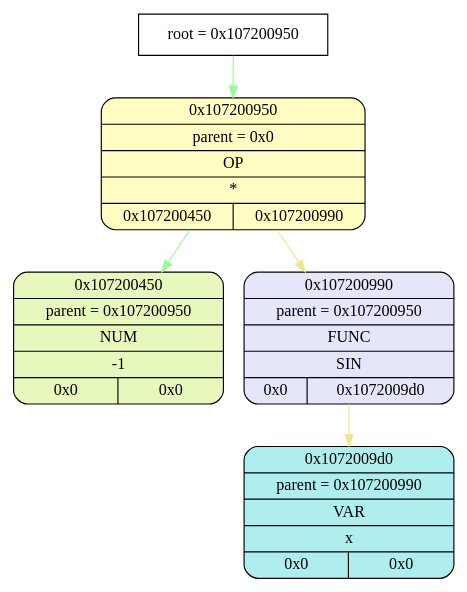
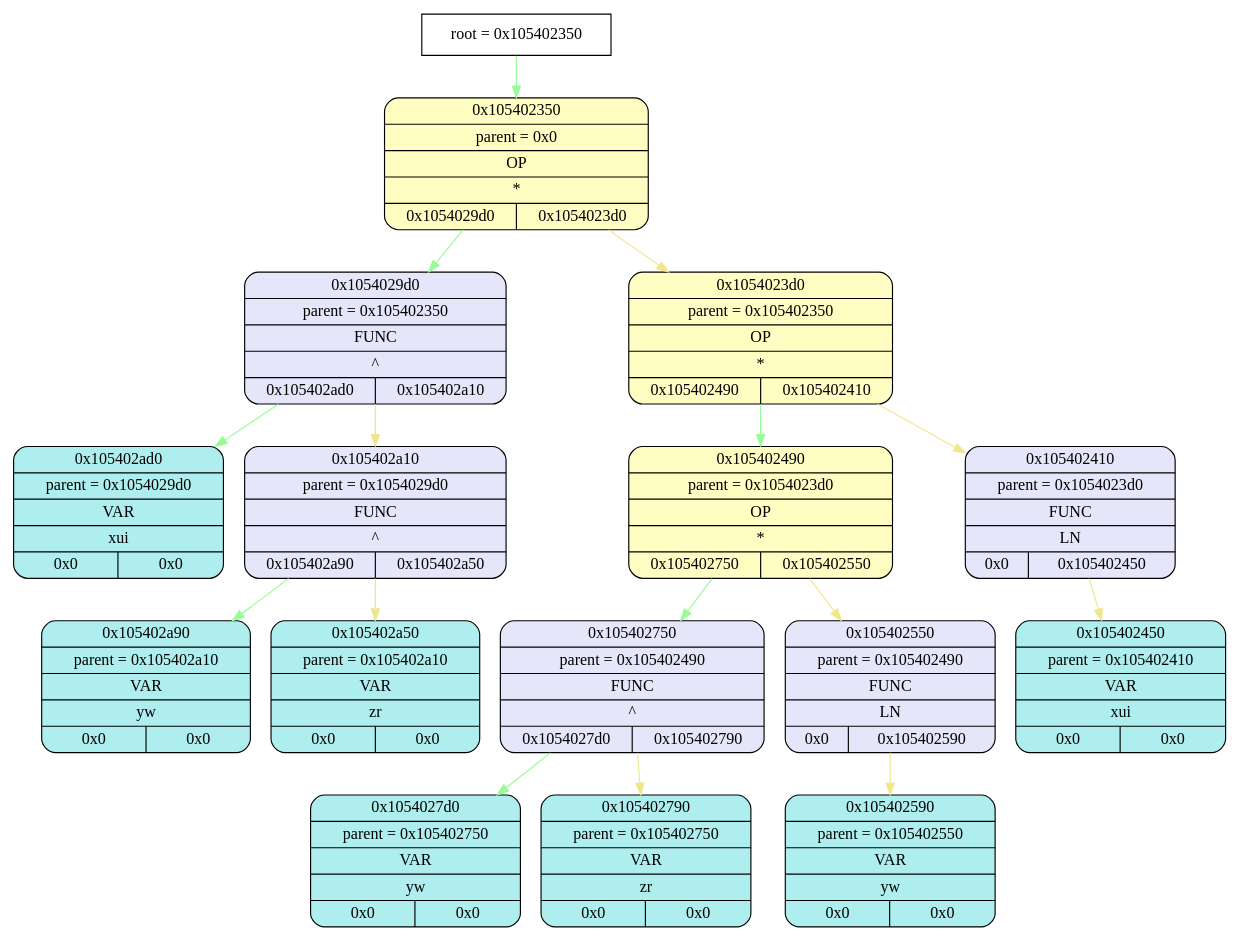
Before and after one commit to esgalimov/differentiator: the diagram in tmp/graphviz.dot, drawn with Graphviz. The commit also changed 19 other files, not shown here.

```diff
--- a/tmp/graphviz.dot
+++ b/tmp/graphviz.dot
@@ -1,17 +1,50 @@
 digraph
 {
-    node_info[shape = record, label = "{root = 0x107200950}"];
+    node_info[shape = record, label = "{root = 0x105402350}"];
 
-    node_info->node_0x107200950 [color = "#98FB98"];
-    node_0x107200950[shape = Mrecord, label = "{{0x107200950} | {parent =  0x0} | {OP} | {*} | {0x107200450 | 0x107200990}}",
+    node_info->node_0x105402350 [color = "#98FB98"];
+    node_0x105402350[shape = Mrecord, label = "{{0x105402350} | {parent =  0x0} | {OP} | {*} | {0x1054029d0 | 0x1054023d0}}",
                 style="filled", fillcolor="#FFFDC2"];
-    node_0x107200450[shape = Mrecord, label = "{{0x107200450} | {parent =  0x107200950} | {NUM} | {-1} | {0x0 | 0x0}}",
-                style="filled", fillcolor="#E7F8BC"];
-    node_0x107200990[shape = Mrecord, label = "{{0x107200990} | {parent =  0x107200950} | {FUNC} | {SIN} | {0x0 | 0x1072009d0}}",
+    node_0x1054029d0[shape = Mrecord, label = "{{0x1054029d0} | {parent =  0x105402350} | {FUNC} | {^} | {0x105402ad0 | 0x105402a10}}",
                 style="filled", fillcolor="#E6E6FA"];
-    node_0x1072009d0[shape = Mrecord, label = "{{0x1072009d0} | {parent =  0x107200990} | {VAR} | {x} | {0x0 | 0x0}}",
+    node_0x105402ad0[shape = Mrecord, label = "{{0x105402ad0} | {parent =  0x1054029d0} | {VAR} | {xui} | {0x0 | 0x0}}",
                     style="filled", fillcolor="#AFEEEE"];
-    node_0x107200950->node_0x107200450 [color = "#98FB98"];
-    node_0x107200950->node_0x107200990 [color = "#F0E68C"];
-    node_0x107200990->node_0x1072009d0 [color = "#F0E68C"];
+    node_0x105402a10[shape = Mrecord, label = "{{0x105402a10} | {parent =  0x1054029d0} | {FUNC} | {^} | {0x105402a90 | 0x105402a50}}",
+                style="filled", fillcolor="#E6E6FA"];
+    node_0x105402a90[shape = Mrecord, label = "{{0x105402a90} | {parent =  0x105402a10} | {VAR} | {yw} | {0x0 | 0x0}}",
+                    style="filled", fillcolor="#AFEEEE"];
+    node_0x105402a50[shape = Mrecord, label = "{{0x105402a50} | {parent =  0x105402a10} | {VAR} | {zr} | {0x0 | 0x0}}",
+                    style="filled", fillcolor="#AFEEEE"];
+    node_0x1054023d0[shape = Mrecord, label = "{{0x1054023d0} | {parent =  0x105402350} | {OP} | {*} | {0x105402490 | 0x105402410}}",
+                style="filled", fillcolor="#FFFDC2"];
+    node_0x105402490[shape = Mrecord, label = "{{0x105402490} | {parent =  0x1054023d0} | {OP} | {*} | {0x105402750 | 0x105402550}}",
+                style="filled", fillcolor="#FFFDC2"];
+    node_0x105402750[shape = Mrecord, label = "{{0x105402750} | {parent =  0x105402490} | {FUNC} | {^} | {0x1054027d0 | 0x105402790}}",
+                style="filled", fillcolor="#E6E6FA"];
+    node_0x1054027d0[shape = Mrecord, label = "{{0x1054027d0} | {parent =  0x105402750} | {VAR} | {yw} | {0x0 | 0x0}}",
+                    style="filled", fillcolor="#AFEEEE"];
+    node_0x105402790[shape = Mrecord, label = "{{0x105402790} | {parent =  0x105402750} | {VAR} | {zr} | {0x0 | 0x0}}",
+                    style="filled", fillcolor="#AFEEEE"];
+    node_0x105402550[shape = Mrecord, label = "{{0x105402550} | {parent =  0x105402490} | {FUNC} | {LN} | {0x0 | 0x105402590}}",
+                style="filled", fillcolor="#E6E6FA"];
+    node_0x105402590[shape = Mrecord, label = "{{0x105402590} | {parent =  0x105402550} | {VAR} | {yw} | {0x0 | 0x0}}",
+                    style="filled", fillcolor="#AFEEEE"];
+    node_0x105402410[shape = Mrecord, label = "{{0x105402410} | {parent =  0x1054023d0} | {FUNC} | {LN} | {0x0 | 0x105402450}}",
+                style="filled", fillcolor="#E6E6FA"];
+    node_0x105402450[shape = Mrecord, label = "{{0x105402450} | {parent =  0x105402410} | {VAR} | {xui} | {0x0 | 0x0}}",
+                    style="filled", fillcolor="#AFEEEE"];
+    node_0x105402350->node_0x1054029d0 [color = "#98FB98"];
+    node_0x1054029d0->node_0x105402ad0 [color = "#98FB98"];
+    node_0x1054029d0->node_0x105402a10 [color = "#F0E68C"];
+    node_0x105402a10->node_0x105402a90 [color = "#98FB98"];
+    node_0x105402a10->node_0x105402a50 [color = "#F0E68C"];
+    node_0x105402350->node_0x1054023d0 [color = "#F0E68C"];
+    node_0x1054023d0->node_0x105402490 [color = "#98FB98"];
+    node_0x105402490->node_0x105402750 [color = "#98FB98"];
+    node_0x105402750->node_0x1054027d0 [color = "#98FB98"];
+    node_0x105402750->node_0x105402790 [color = "#F0E68C"];
+    node_0x105402490->node_0x105402550 [color = "#F0E68C"];
+    node_0x105402550->node_0x105402590 [color = "#F0E68C"];
+    node_0x1054023d0->node_0x105402410 [color = "#F0E68C"];
+    node_0x105402410->node_0x105402450 [color = "#F0E68C"];
 }
```
